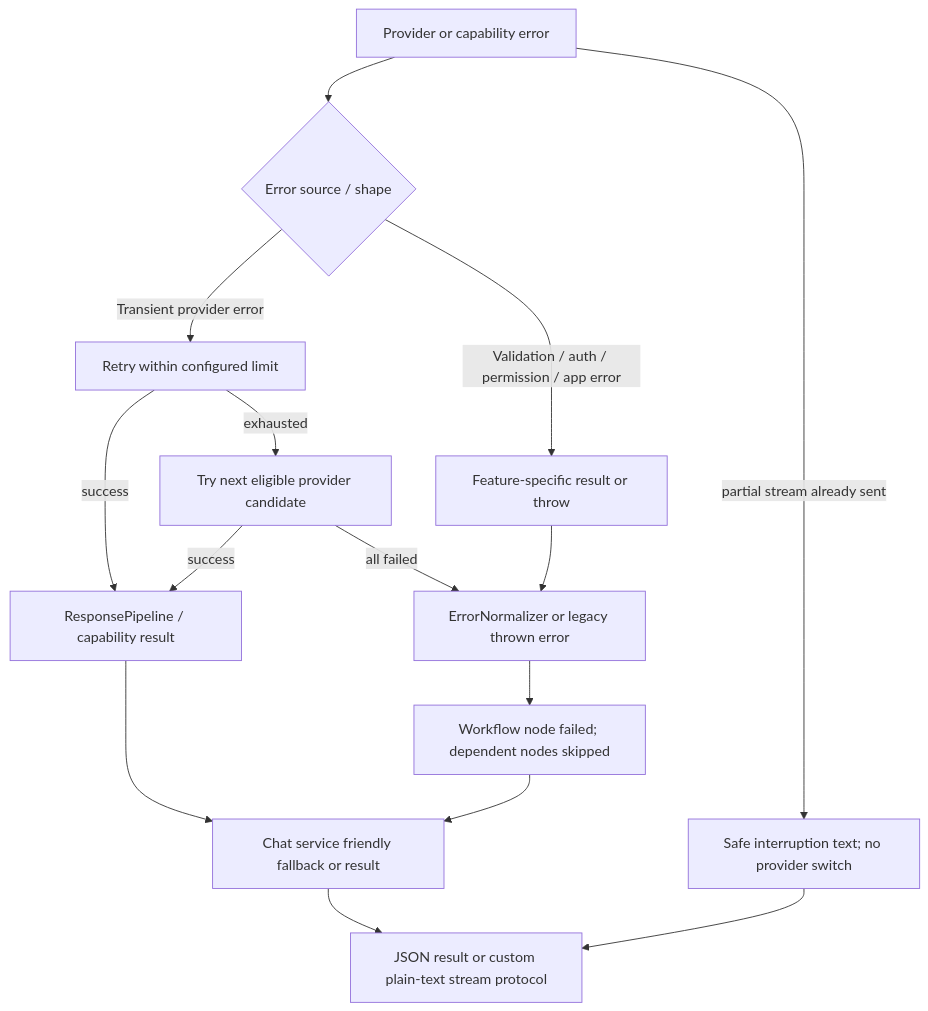
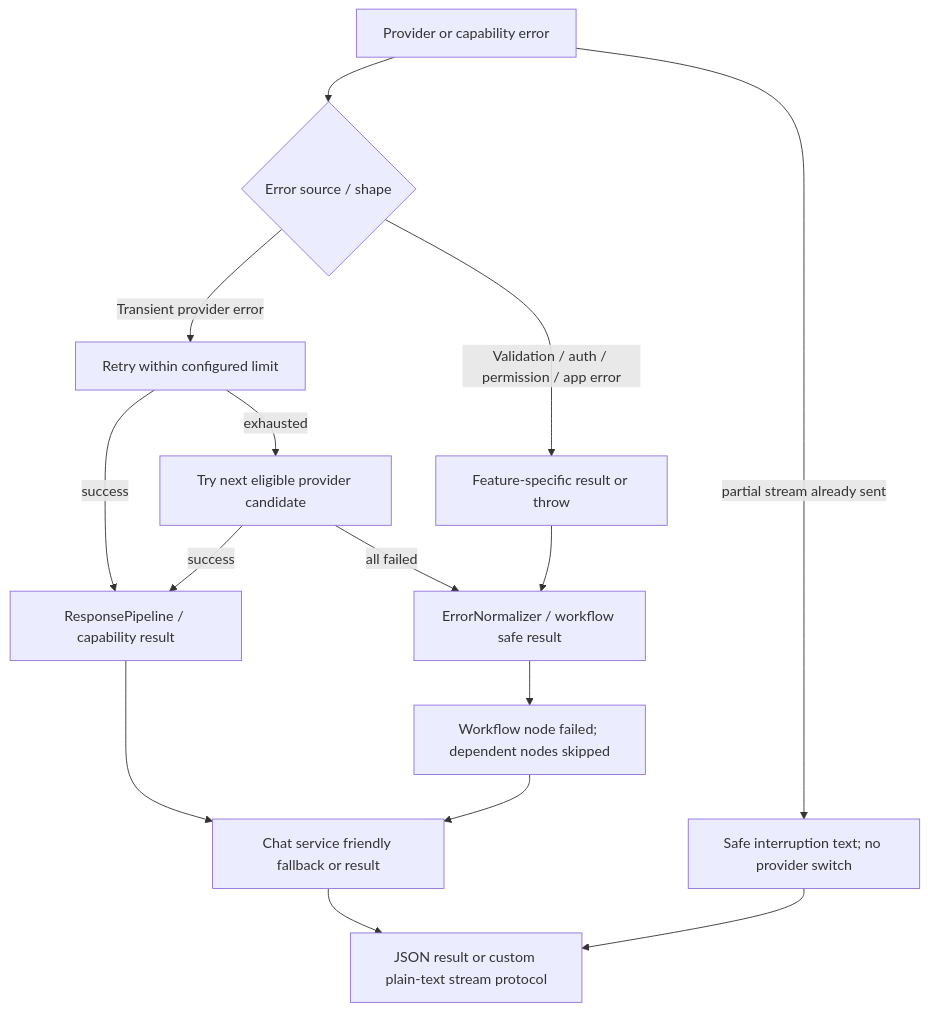
One commit to sushanC/Agentic-Ai changed the diagram in docs/SAMGPT_SECURITY_AND_RELIABILITY_AUDIT.md. Above: the diagram before and after it, drawn with Mermaid. The commit also changed other lines of this file and 46 other files, not shown here.

````diff
--- a/docs/SAMGPT_SECURITY_AND_RELIABILITY_AUDIT.md
+++ b/docs/SAMGPT_SECURITY_AND_RELIABILITY_AUDIT.md
@@ -85,17 +85,17 @@
 ```mermaid
 flowchart TD
   Provider[Provider or capability error] --> Classify{Error source / shape}
   Classify -->|Transient provider error| Retry[Retry within configured limit]
   Retry -->|success| Format[ResponsePipeline / capability result]
   Retry -->|exhausted| Candidate[Try next eligible provider candidate]
   Candidate -->|success| Format
-  Candidate -->|all failed| Normalize[ErrorNormalizer or legacy thrown error]
+  Candidate -->|all failed| Normalize[ErrorNormalizer / workflow safe result]
   Classify -->|Validation / auth / permission / app error| Domain[Feature-specific result or throw]
   Domain --> Normalize
   Normalize --> Workflow[Workflow node failed; dependent nodes skipped]
   Workflow --> Chat[Chat service friendly fallback or result]
   Format --> Chat
   Chat --> HTTP[JSON result or custom plain-text stream protocol]
   Provider -->|partial stream already sent| Terminate[Safe interruption text; no provider switch]
   Terminate --> HTTP
 ```
````
